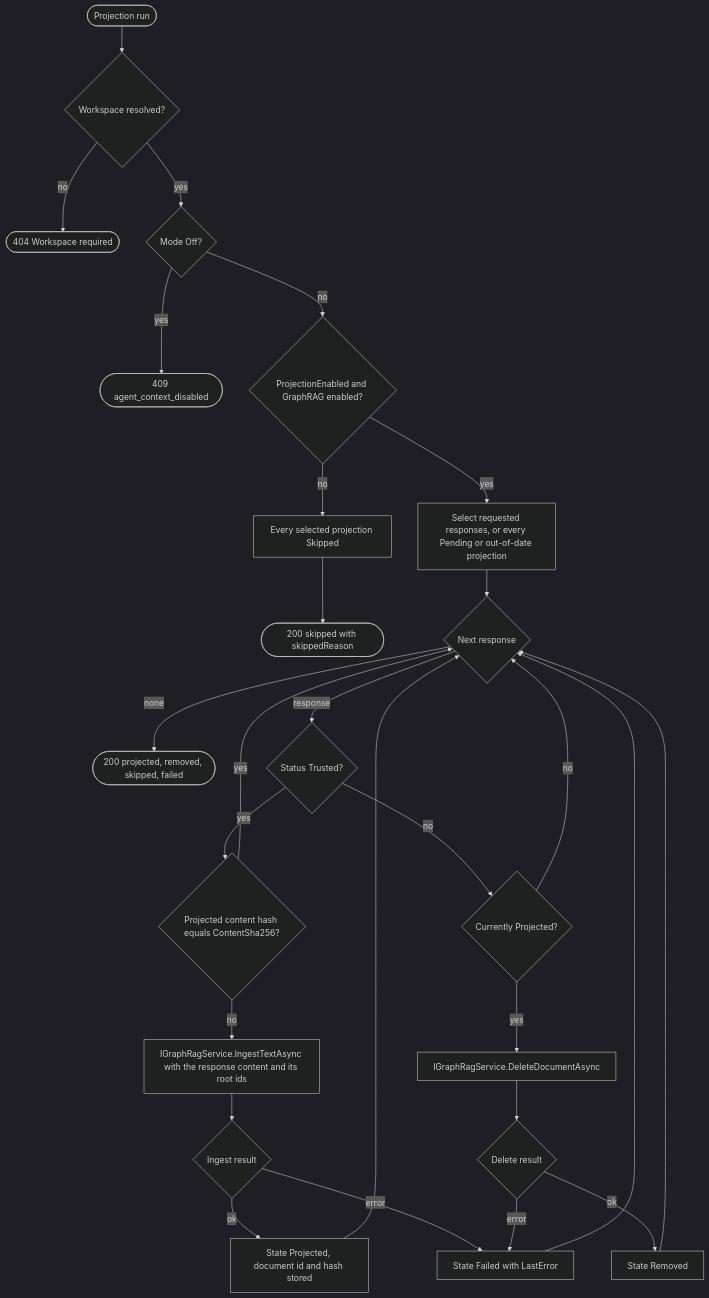
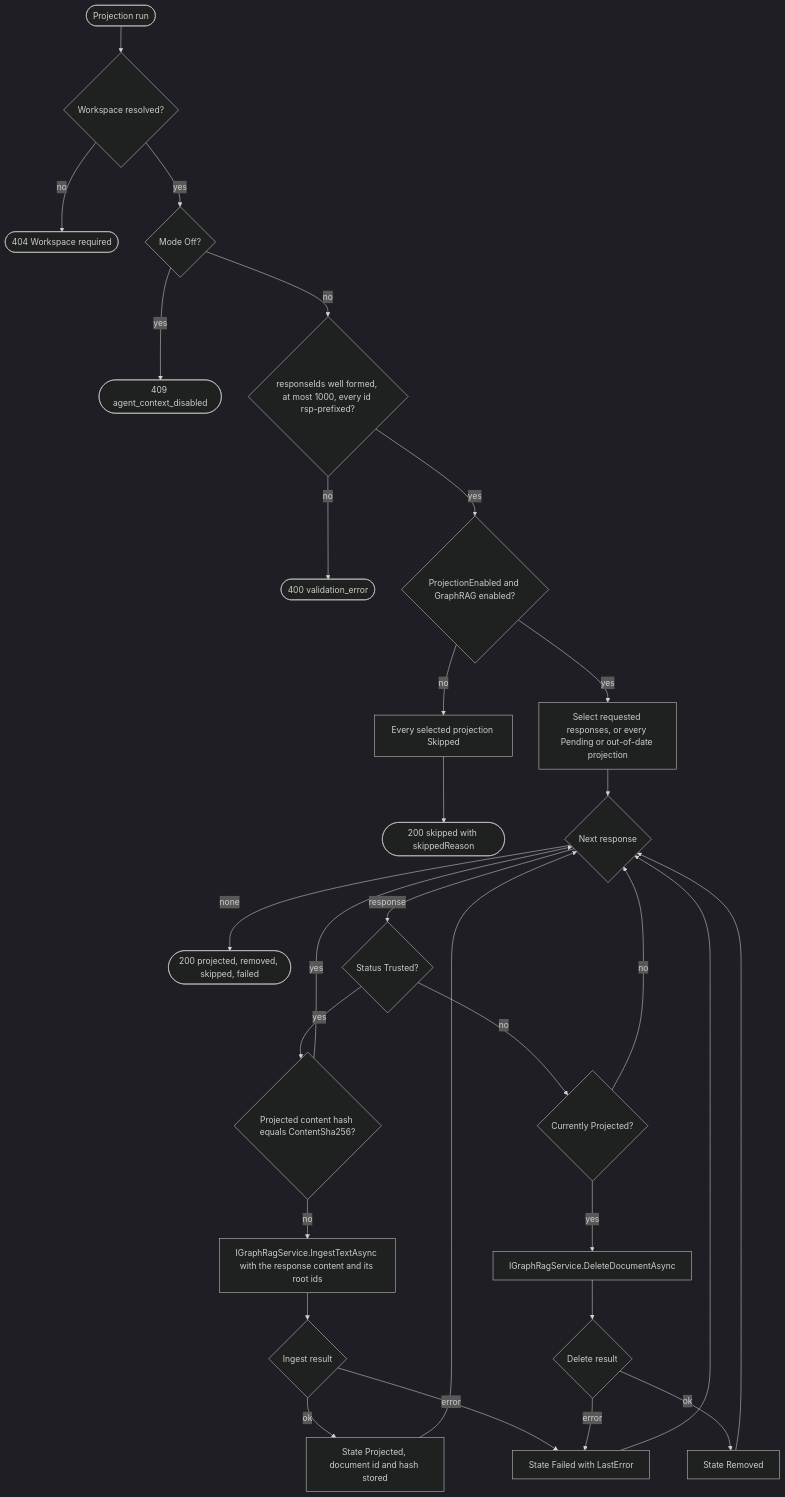
One commit to sharpninja/McpServer changed diagram 21 of 59 in docs/Stateless-Agent-Context-Management.md. Above: the diagram before and after it, drawn with Mermaid (dark theme). The commit also changed other lines of this file and 6 other files, not shown here.

````diff
--- a/docs/Stateless-Agent-Context-Management.md
+++ b/docs/Stateless-Agent-Context-Management.md
@@ -712,29 +770,31 @@
 ```mermaid
 flowchart TD
     S(["Projection run"]) --> W{"Workspace resolved?"}
     W -->|no| E0(["404 Workspace required"])
     W -->|yes| MO{"Mode Off?"}
     MO -->|yes| E1(["409 agent_context_disabled"])
-    MO -->|no| PE{"ProjectionEnabled and GraphRAG enabled?"}
+    MO -->|no| VID{"responseIds well formed, at most 1000, every id rsp-prefixed?"}
+    VID -->|no| E2(["400 validation_error"])
+    VID -->|yes| PE{"ProjectionEnabled and GraphRAG enabled?"}
     PE -->|no| SK["Every selected projection Skipped"]
     SK --> R0(["200 skipped with skippedReason"])
     PE -->|yes| SEL["Select requested responses, or every Pending or out-of-date projection"]
     SEL --> NX{"Next response"}
     NX -->|none| R(["200 projected, removed, skipped, failed"])
     NX -->|response| TR{"Status Trusted?"}
     TR -->|yes| UP{"Projected content hash equals ContentSha256?"}
     UP -->|yes| NX
     UP -->|no| ING["IGraphRagService.IngestTextAsync with the response content and its root ids"]
     ING --> IR{"Ingest result"}
     IR -->|ok| PJ["State Projected, document id and hash stored"]
     IR -->|error| FL["State Failed with LastError"]
     PJ --> NX
     FL --> NX
     TR -->|no| WAS{"Currently Projected?"}
     WAS -->|yes| DEL["IGraphRagService.DeleteDocumentAsync"]
     DEL --> DR{"Delete result"}
     DR -->|ok| RMV["State Removed"]
     DR -->|error| FL
     RMV --> NX
     WAS -->|no| NX
 ```
````
